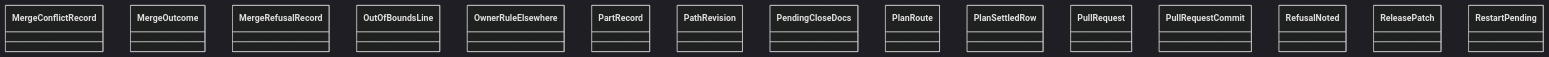
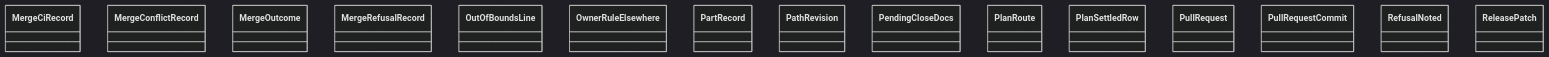
Before and after one commit to GonzaloZevallos/agentic-system: the diagram in docs/architecture/generated/classes-process-domain-state-7.md, drawn with Mermaid (dark theme). The commit also changed 9 other files, not shown here.

Commit message:
Register spec_draft in the type-checked files and regenerate the architecture docs

````diff
--- a/docs/architecture/generated/classes-process-domain-state-7.md
+++ b/docs/architecture/generated/classes-process-domain-state-7.md
@@ -30,18 +30,18 @@
 ```mermaid
 classDiagram
+    class task__MergeCiRecord["MergeCiRecord"]
     class task__MergeConflictRecord["MergeConflictRecord"]
     class task__MergeOutcome["MergeOutcome"]
     class task__MergeRefusalRecord["MergeRefusalRecord"]
     class task__OutOfBoundsLine["OutOfBoundsLine"]
     class task__OwnerRuleElsewhere["OwnerRuleElsewhere"]
     class task__PartRecord["PartRecord"]
     class task__PathRevision["PathRevision"]
     class task__PendingCloseDocs["PendingCloseDocs"]
     class task__PlanRoute["PlanRoute"]
     class task__PlanSettledRow["PlanSettledRow"]
     class task__PullRequest["PullRequest"]
     class task__PullRequestCommit["PullRequestCommit"]
     class task__RefusalNoted["RefusalNoted"]
     class task__ReleasePatch["ReleasePatch"]
-    class task__RestartPending["RestartPending"]
 ```
````
